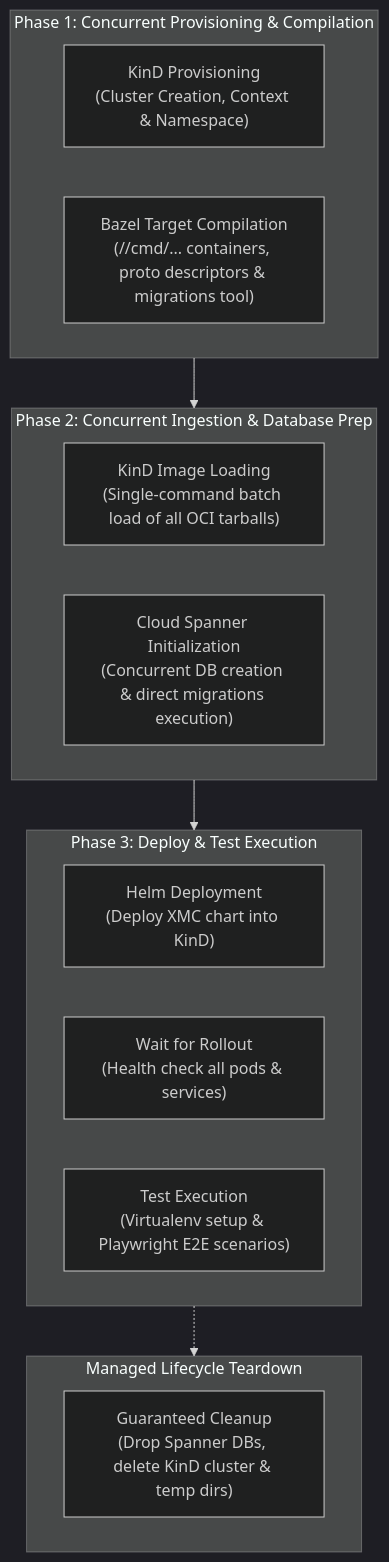
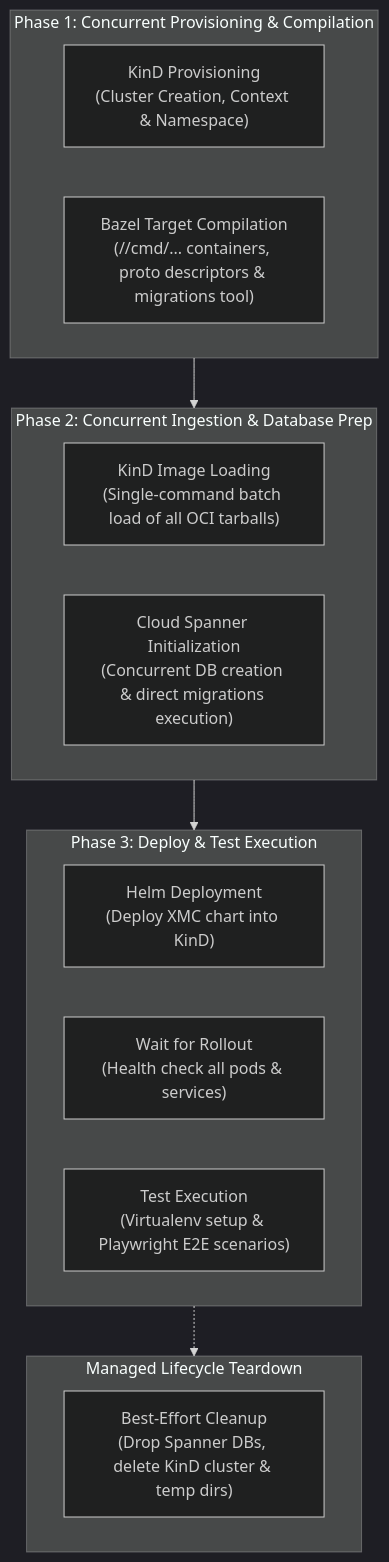
The diagram in test/e2e/README.md (google/xmc), drawn with Mermaid (dark theme) before and after one commit. The commit also changed other lines of this file and 21 other files, not shown here.

````diff
--- a/test/e2e/README.md
+++ b/test/e2e/README.md
@@ -11,26 +11,26 @@
 ```mermaid
 graph TD
     subgraph Phase1["Phase 1: Concurrent Provisioning & Compilation"]
         K["KinD Provisioning<br/>(Cluster Creation, Context & Namespace)"]
         B["Bazel Target Compilation<br/>(//cmd/... containers, proto descriptors & migrations tool)"]
     end
 
     subgraph Phase2["Phase 2: Concurrent Ingestion & Database Prep"]
         L["KinD Image Loading<br/>(Single-command batch load of all OCI tarballs)"]
         S["Cloud Spanner Initialization<br/>(Concurrent DB creation & direct migrations execution)"]
     end
 
     subgraph Phase3["Phase 3: Deploy & Test Execution"]
         H["Helm Deployment<br/>(Deploy XMC chart into KinD)"]
         W["Wait for Rollout<br/>(Health check all pods & services)"]
         P["Test Execution<br/>(Virtualenv setup & Playwright E2E scenarios)"]
     end
 
     subgraph Teardown["Managed Lifecycle Teardown"]
-        T["Guaranteed Cleanup<br/>(Drop Spanner DBs, delete KinD cluster & temp dirs)"]
+        T["Best-Effort Cleanup<br/>(Drop Spanner DBs, delete KinD cluster & temp dirs)"]
     end
 
     Phase1 --> Phase2
     Phase2 --> Phase3
     Phase3 -.-> Teardown
 ```
````
